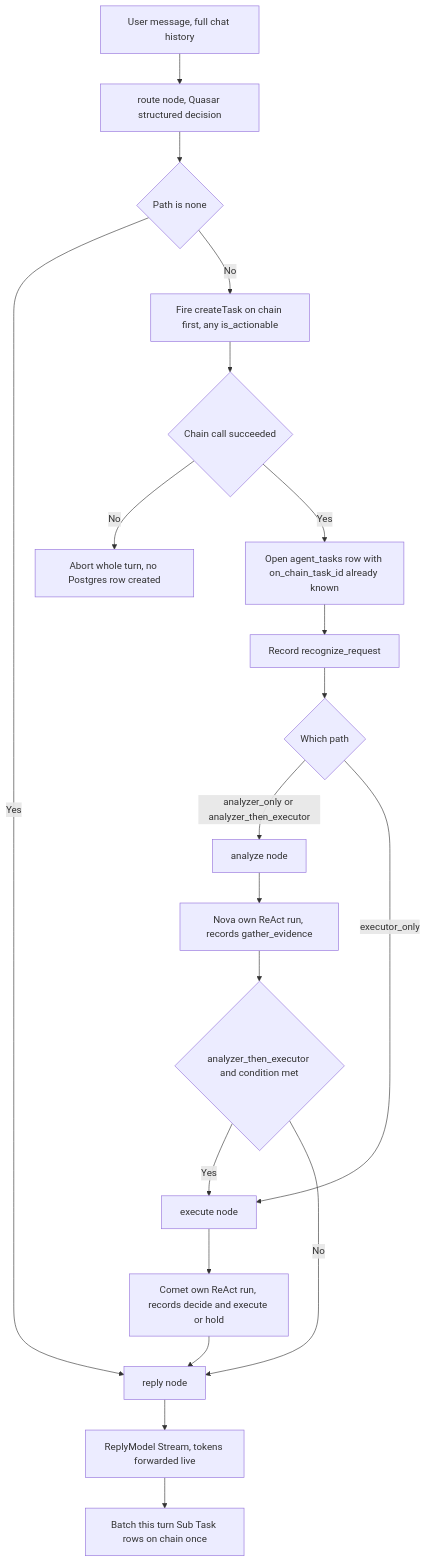
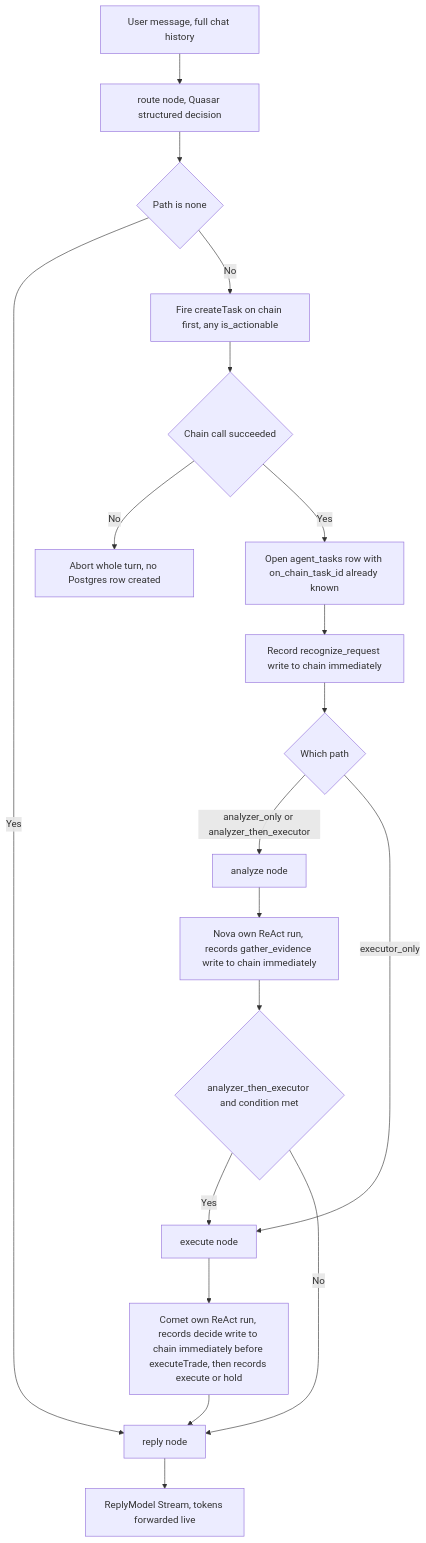
The diagram in docs/plans/agent-orchestration-graph-rebuild.md (hafidluqman50/pulsarfi), drawn with Mermaid before and after one commit. The commit also changed other lines of this file and 85 other files, not shown here.

````diff
--- a/docs/plans/agent-orchestration-graph-rebuild.md
+++ b/docs/plans/agent-orchestration-graph-rebuild.md
@@ -105,25 +116,24 @@
 ```mermaid
 flowchart TD
     Prompt[User message, full chat history] --> RouteNode[route node, Quasar structured decision]
     RouteNode --> OpenCheck{Path is none}
     OpenCheck -->|Yes| ReplyNode[reply node]
     OpenCheck -->|No| ChainCreate[Fire createTask on chain first, any is_actionable]
     ChainCreate --> ChainOk{Chain call succeeded}
     ChainOk -->|No| Abort[Abort whole turn, no Postgres row created]
     ChainOk -->|Yes| OpenTask[Open agent_tasks row with on_chain_task_id already known]
-    OpenTask --> RecordRecognize[Record recognize_request]
+    OpenTask --> RecordRecognize[Record recognize_request write to chain immediately]
     RecordRecognize --> Branch{Which path}
     Branch -->|analyzer_only or analyzer_then_executor| AnalyzeNode[analyze node]
     Branch -->|executor_only| ExecuteNode[execute node]
 
-    AnalyzeNode --> NovaRun[Nova own ReAct run, records gather_evidence]
+    AnalyzeNode --> NovaRun[Nova own ReAct run, records gather_evidence write to chain immediately]
     NovaRun --> Gate{analyzer_then_executor and condition met}
     Gate -->|Yes| ExecuteNode
     Gate -->|No| ReplyNode
 
-    ExecuteNode --> CometRun[Comet own ReAct run, records decide and execute or hold]
+    ExecuteNode --> CometRun[Comet own ReAct run, records decide write to chain immediately before executeTrade, then records execute or hold]
     CometRun --> ReplyNode
 
     ReplyNode --> StreamReply[ReplyModel Stream, tokens forwarded live]
-    StreamReply --> BatchChain[Batch this turn Sub Task rows on chain once]
 ```
````
